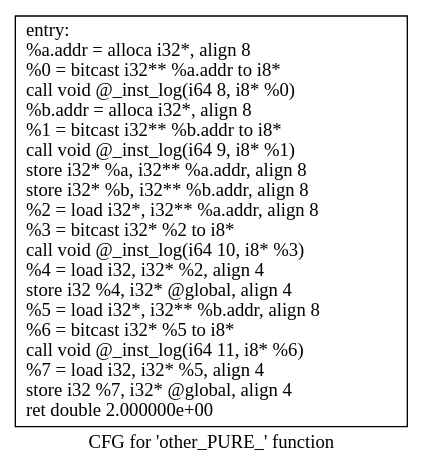
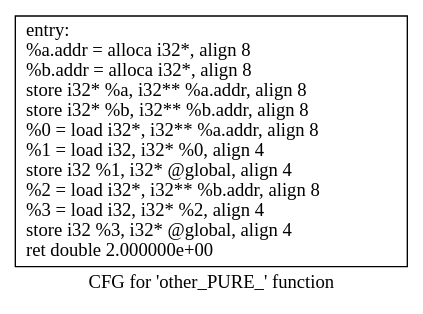
One commit to mattqemo/eecs583fp changed the diagram in 583simple/.other_PURE_.dot. Above: the diagram before and after it, drawn with Graphviz. The commit also changed 30 other files, not shown here.

```diff
--- a/583simple/.other_PURE_.dot
+++ b/583simple/.other_PURE_.dot
@@ -1,5 +1,5 @@
 digraph "CFG for 'other_PURE_' function" {
 	label="CFG for 'other_PURE_' function";
 
-	Node0x55da294df800 [shape=record,label="{entry:\l  %a.addr = alloca i32*, align 8\l  %0 = bitcast i32** %a.addr to i8*\l  call void @_inst_log(i64 8, i8* %0)\l  %b.addr = alloca i32*, align 8\l  %1 = bitcast i32** %b.addr to i8*\l  call void @_inst_log(i64 9, i8* %1)\l  store i32* %a, i32** %a.addr, align 8\l  store i32* %b, i32** %b.addr, align 8\l  %2 = load i32*, i32** %a.addr, align 8\l  %3 = bitcast i32* %2 to i8*\l  call void @_inst_log(i64 10, i8* %3)\l  %4 = load i32, i32* %2, align 4\l  store i32 %4, i32* @global, align 4\l  %5 = load i32*, i32** %b.addr, align 8\l  %6 = bitcast i32* %5 to i8*\l  call void @_inst_log(i64 11, i8* %6)\l  %7 = load i32, i32* %5, align 4\l  store i32 %7, i32* @global, align 4\l  ret double 2.000000e+00\l}"];
+	Node0x55c3a360a810 [shape=record,label="{entry:\l  %a.addr = alloca i32*, align 8\l  %b.addr = alloca i32*, align 8\l  store i32* %a, i32** %a.addr, align 8\l  store i32* %b, i32** %b.addr, align 8\l  %0 = load i32*, i32** %a.addr, align 8\l  %1 = load i32, i32* %0, align 4\l  store i32 %1, i32* @global, align 4\l  %2 = load i32*, i32** %b.addr, align 8\l  %3 = load i32, i32* %2, align 4\l  store i32 %3, i32* @global, align 4\l  ret double 2.000000e+00\l}"];
 }
```
